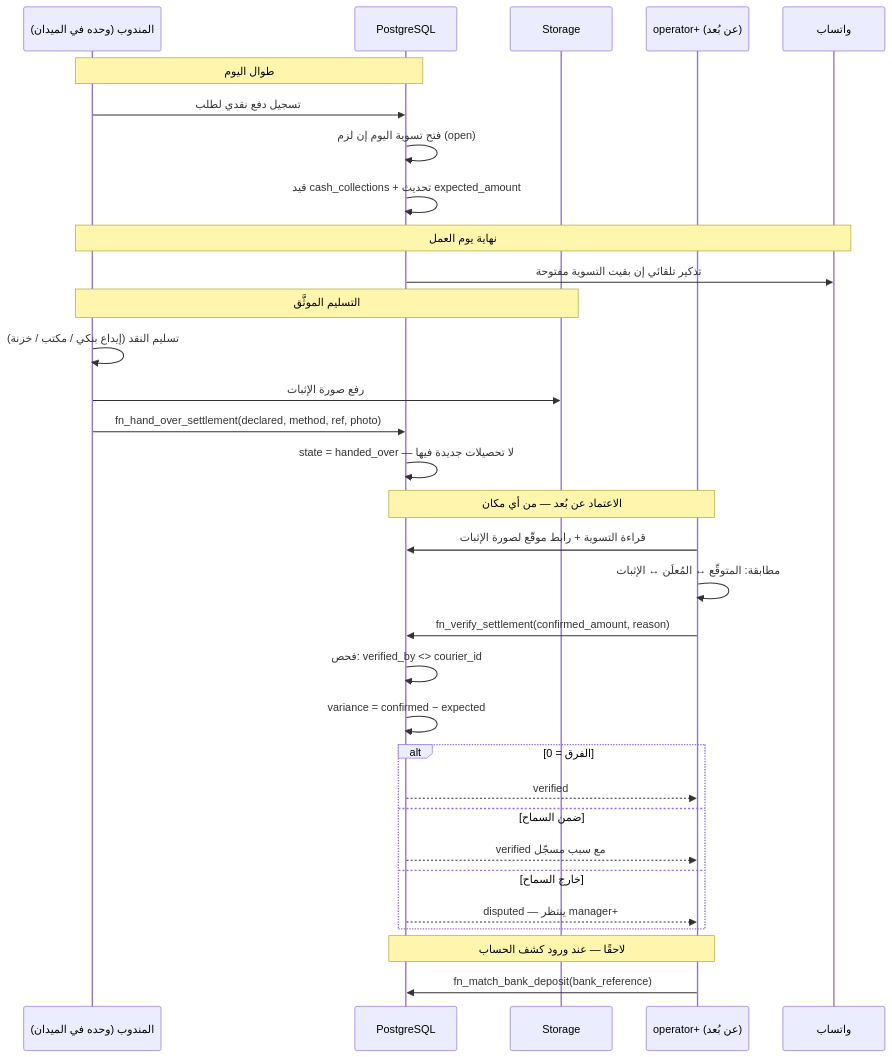
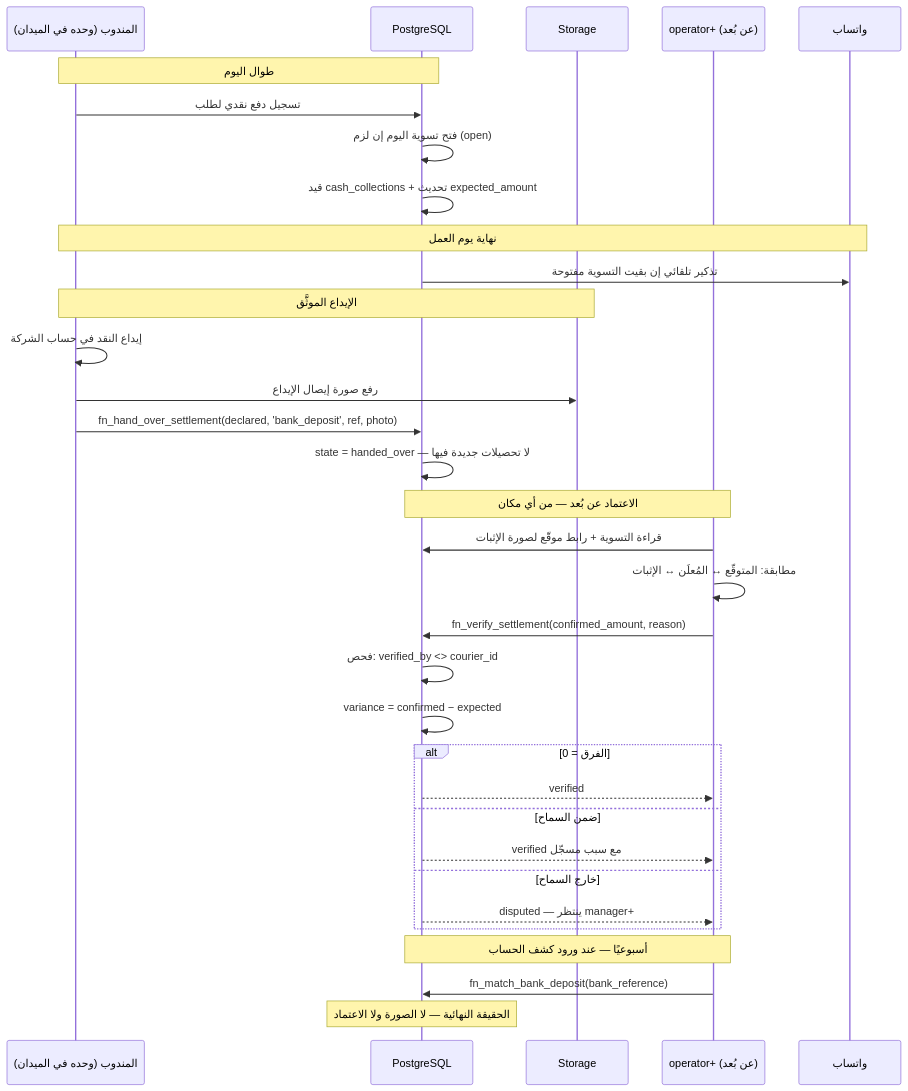
Before and after one commit to omannote/duby: the fifth of 5 diagrams in docs/plan/04-domain-flows.md, drawn with Mermaid. The commit also changed other lines of this file and 12 other files, not shown here.

````diff
--- a/docs/plan/04-domain-flows.md
+++ b/docs/plan/04-domain-flows.md
@@ -269,40 +272,41 @@
 ```mermaid
 sequenceDiagram
     participant C as المندوب (وحده في الميدان)
     participant D as PostgreSQL
     participant S as Storage
     participant A as operator+ (عن بُعد)
     participant W as واتساب
 
     Note over C,D: طوال اليوم
     C->>D: تسجيل دفع نقدي لطلب
     D->>D: فتح تسوية اليوم إن لزم (open)
     D->>D: قيد cash_collections + تحديث expected_amount
 
     Note over C,W: نهاية يوم العمل
     D->>W: تذكير تلقائي إن بقيت التسوية مفتوحة
 
-    Note over C,S: التسليم الموثَّق
-    C->>C: تسليم النقد (إيداع بنكي / مكتب / خزنة)
-    C->>S: رفع صورة الإثبات
-    C->>D: fn_hand_over_settlement(declared, method, ref, photo)
+    Note over C,S: الإيداع الموثَّق
+    C->>C: إيداع النقد في حساب الشركة
+    C->>S: رفع صورة إيصال الإيداع
+    C->>D: fn_hand_over_settlement(declared, 'bank_deposit', ref, photo)
     D->>D: state = handed_over — لا تحصيلات جديدة فيها
 
     Note over A,D: الاعتماد عن بُعد — من أي مكان
     A->>D: قراءة التسوية + رابط موقّع لصورة الإثبات
     A->>A: مطابقة: المتوقّع ↔ المُعلَن ↔ الإثبات
     A->>D: fn_verify_settlement(confirmed_amount, reason)
     D->>D: فحص: verified_by <> courier_id
     D->>D: variance = confirmed − expected
 
     alt الفرق = 0
         D-->>A: verified
     else ضمن السماح
         D-->>A: verified مع سبب مسجّل
     else خارج السماح
         D-->>A: disputed — ينتظر manager+
     end
 
-    Note over A,D: لاحقًا — عند ورود كشف الحساب
+    Note over A,D: أسبوعيًا — عند ورود كشف الحساب
     A->>D: fn_match_bank_deposit(bank_reference)
+    Note over D: الحقيقة النهائية — لا الصورة ولا الاعتماد
 ```
````
